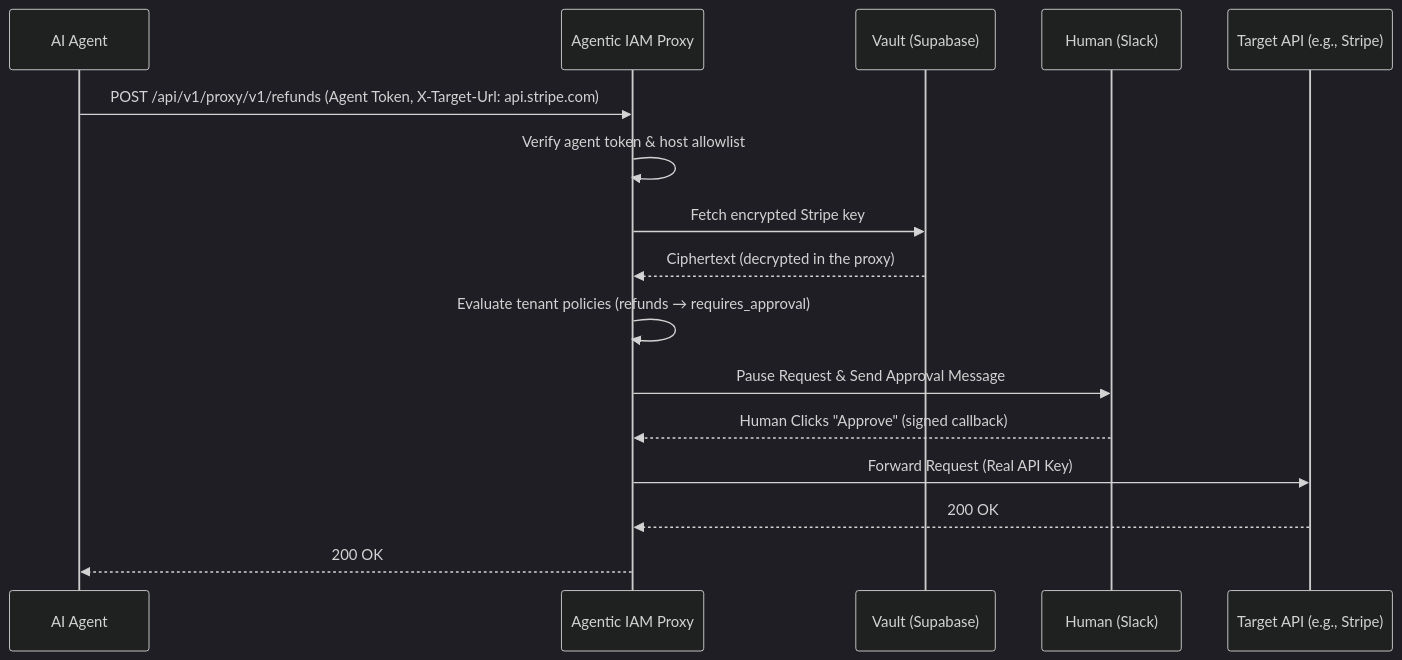
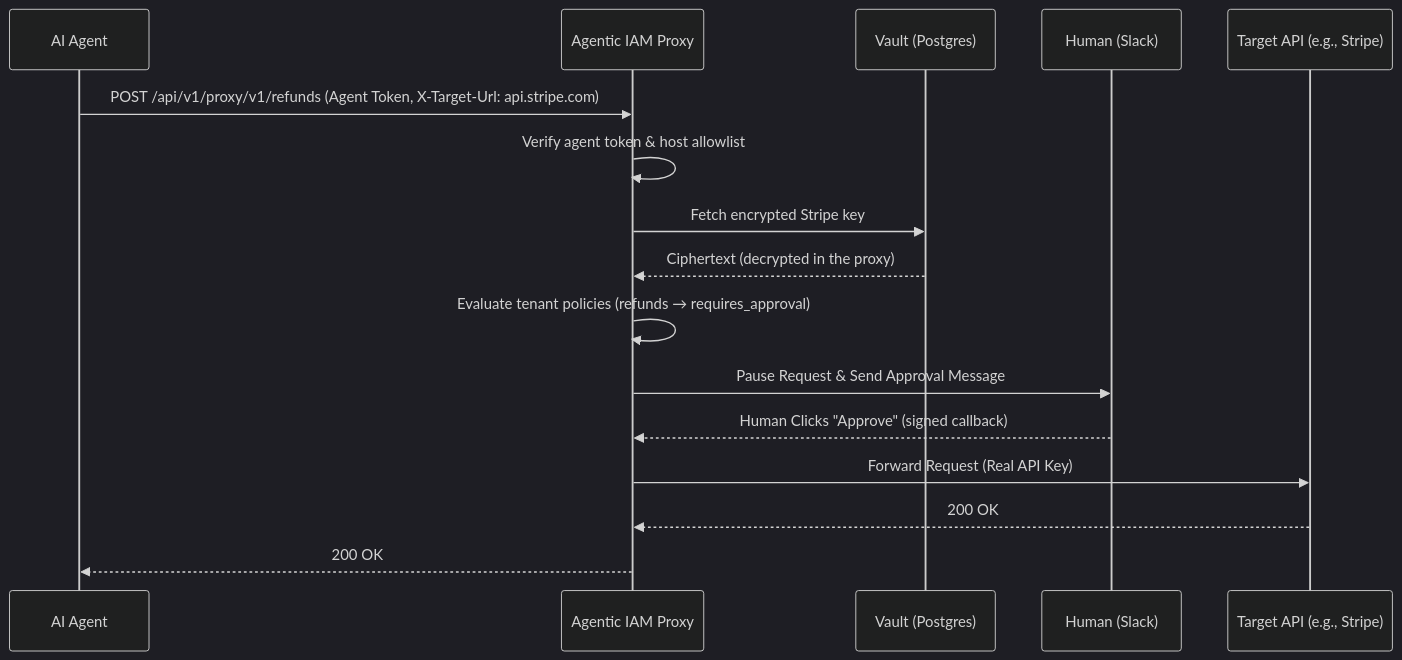
One commit to tusharfc/agentic-iam-proxy changed the first of 2 diagrams in README.md. Above: the diagram before and after it, drawn with Mermaid (dark theme). The commit also changed other lines of this file and 36 other files, not shown here.

````diff
--- a/README.md
+++ b/README.md
@@ -11,19 +21,19 @@
 ```mermaid
 sequenceDiagram
     participant Agent as AI Agent
     participant Proxy as Agentic IAM Proxy
-    participant Vault as Vault (Supabase)
+    participant Vault as Vault (Postgres)
     participant Slack as Human (Slack)
     participant API as Target API (e.g., Stripe)
 
     Agent->>Proxy: POST /api/v1/proxy/v1/refunds (Agent Token, X-Target-Url: api.stripe.com)
     Proxy->>Proxy: Verify agent token & host allowlist
     Proxy->>Vault: Fetch encrypted Stripe key
     Vault-->>Proxy: Ciphertext (decrypted in the proxy)
     Proxy->>Proxy: Evaluate tenant policies (refunds → requires_approval)
     Proxy->>Slack: Pause Request & Send Approval Message
     Slack-->>Proxy: Human Clicks "Approve" (signed callback)
     Proxy->>API: Forward Request (Real API Key)
     API-->>Proxy: 200 OK
     Proxy-->>Agent: 200 OK
 ```
````
